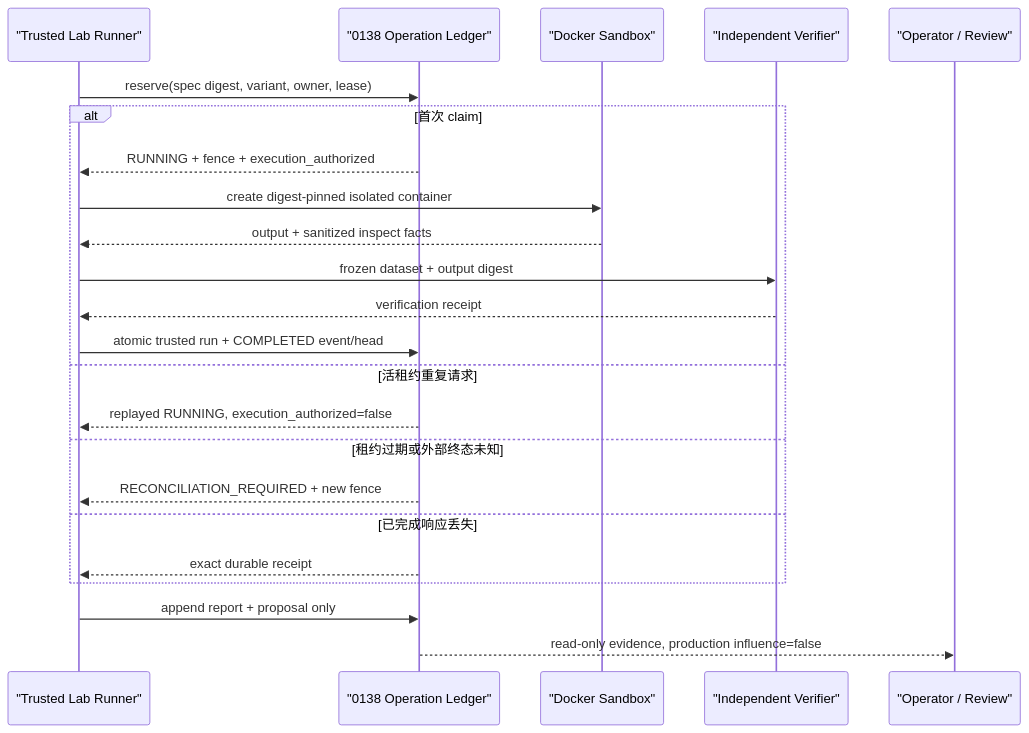
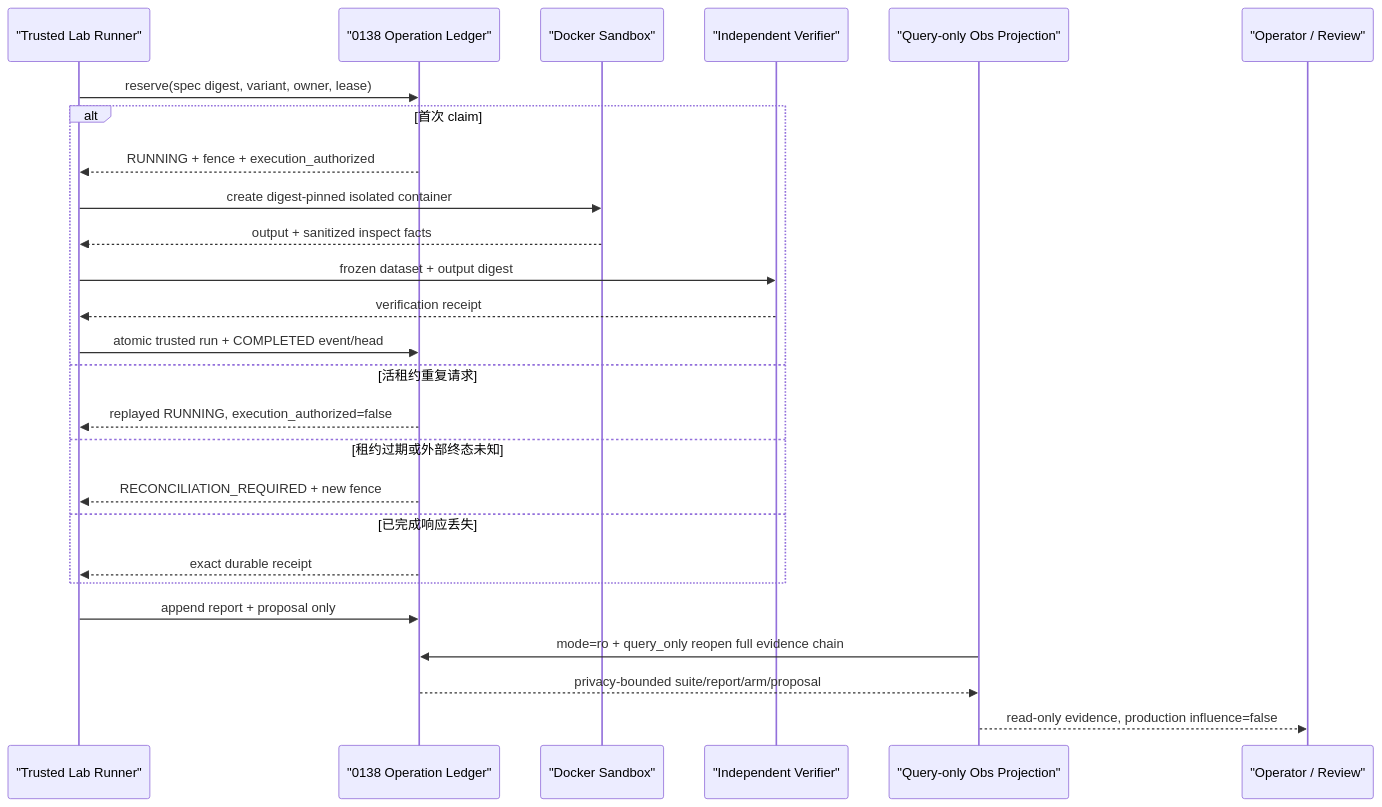
One commit to SakuraYoruno/Natsume_Ai changed diagram 58 of 60 in docs/50_project/arch/DATA_FLOW_ARCHITECTURE.md. Above: the diagram before and after it, drawn with Mermaid. The commit also changed other lines of this file and 47 other files, not shown here.

````diff
--- a/docs/50_project/arch/DATA_FLOW_ARCHITECTURE.md
+++ b/docs/50_project/arch/DATA_FLOW_ARCHITECTURE.md
@@ -2259,26 +2259,29 @@
 ```mermaid
 sequenceDiagram
     participant R as "Trusted Lab Runner"
     participant L as "0138 Operation Ledger"
     participant D as "Docker Sandbox"
     participant V as "Independent Verifier"
+    participant Q as "Query-only Obs Projection"
     participant O as "Operator / Review"
 
     R->>L: reserve(spec digest, variant, owner, lease)
     alt 首次 claim
         L-->>R: RUNNING + fence + execution_authorized
         R->>D: create digest-pinned isolated container
         D-->>R: output + sanitized inspect facts
         R->>V: frozen dataset + output digest
         V-->>R: verification receipt
         R->>L: atomic trusted run + COMPLETED event/head
     else 活租约重复请求
         L-->>R: replayed RUNNING, execution_authorized=false
     else 租约过期或外部终态未知
         L-->>R: RECONCILIATION_REQUIRED + new fence
     else 已完成响应丢失
         L-->>R: exact durable receipt
     end
     R->>L: append report + proposal only
-    L-->>O: read-only evidence, production influence=false
+    Q->>L: mode=ro + query_only reopen full evidence chain
+    L-->>Q: privacy-bounded suite/report/arm/proposal
+    Q-->>O: read-only evidence, production influence=false
 ```
````
